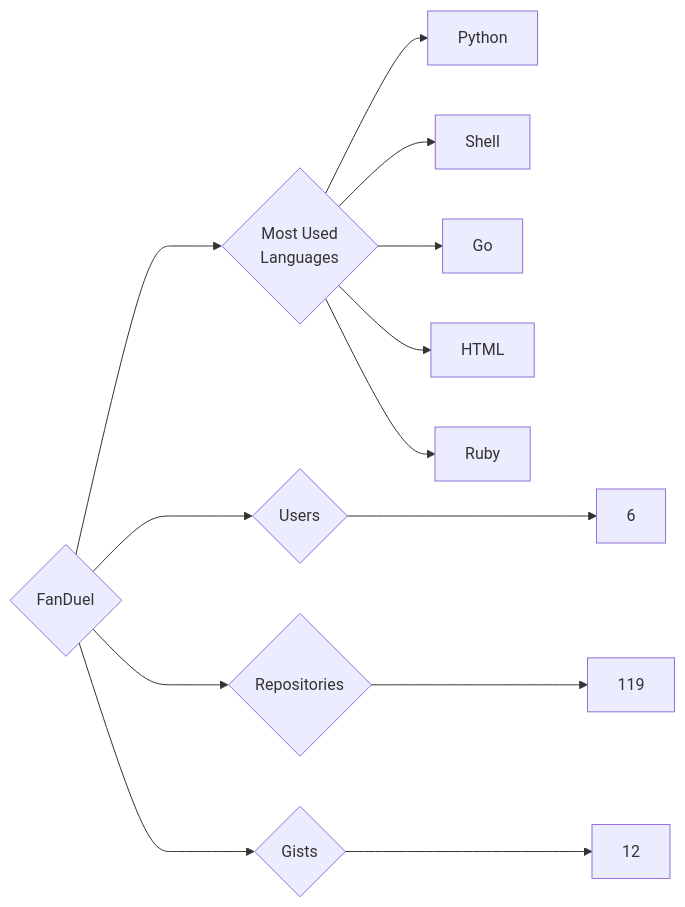
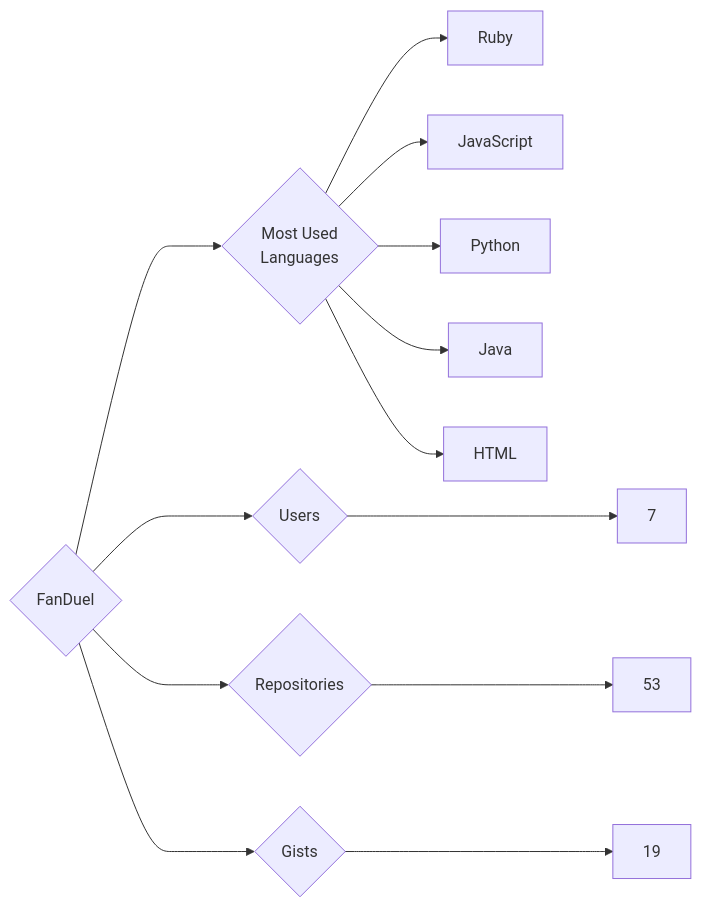
Before and after one commit to trickest/insiders: the diagram in targets/FanDuel/README.md, drawn with Mermaid. The commit also changed 1123 other files, not shown here.

````diff
--- a/targets/FanDuel/README.md
+++ b/targets/FanDuel/README.md
@@ -3,13 +3,13 @@
 ```mermaid
 graph LR
 COMPANY_NAME{FanDuel}
-COMPANY_NAME ---> U{Users} ---> UN[6]
-COMPANY_NAME ---> R{Repositories} ---> RN[119]
-COMPANY_NAME ---> G{Gists} ---> GN[12]
+COMPANY_NAME ---> U{Users} ---> UN[7]
+COMPANY_NAME ---> R{Repositories} ---> RN[53]
+COMPANY_NAME ---> G{Gists} ---> GN[19]
 COMPANY_NAME ---> ML{Most Used<br>Languages}
+ML --> Ruby[Ruby]
+ML --> JavaScript[JavaScript]
 ML --> Python[Python]
-ML --> Shell[Shell]
-ML --> Go[Go]
+ML --> Java[Java]
 ML --> HTML[HTML]
-ML --> Ruby[Ruby]
 ```
````
